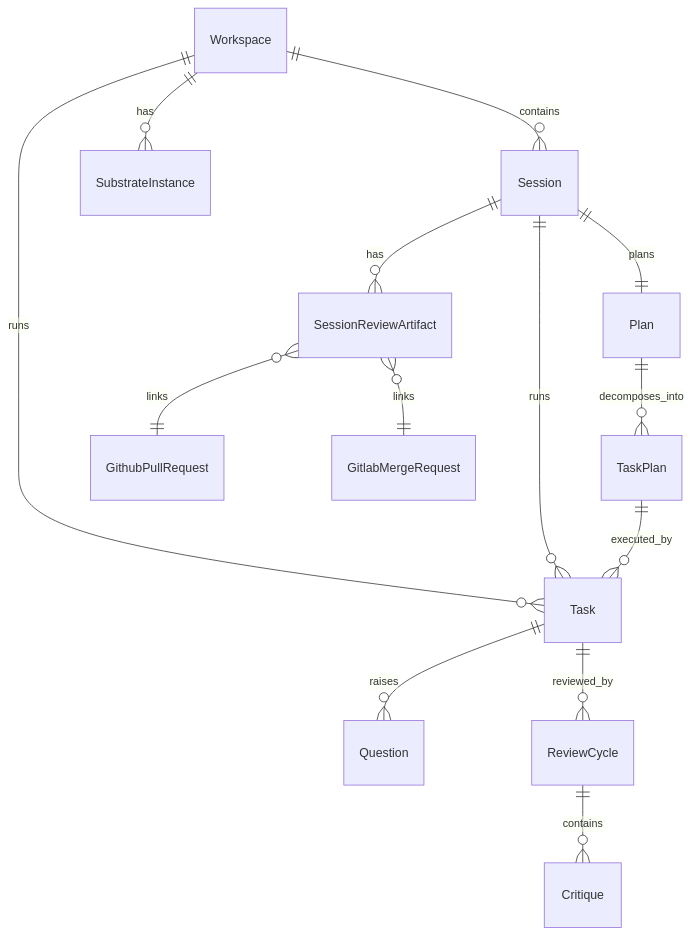
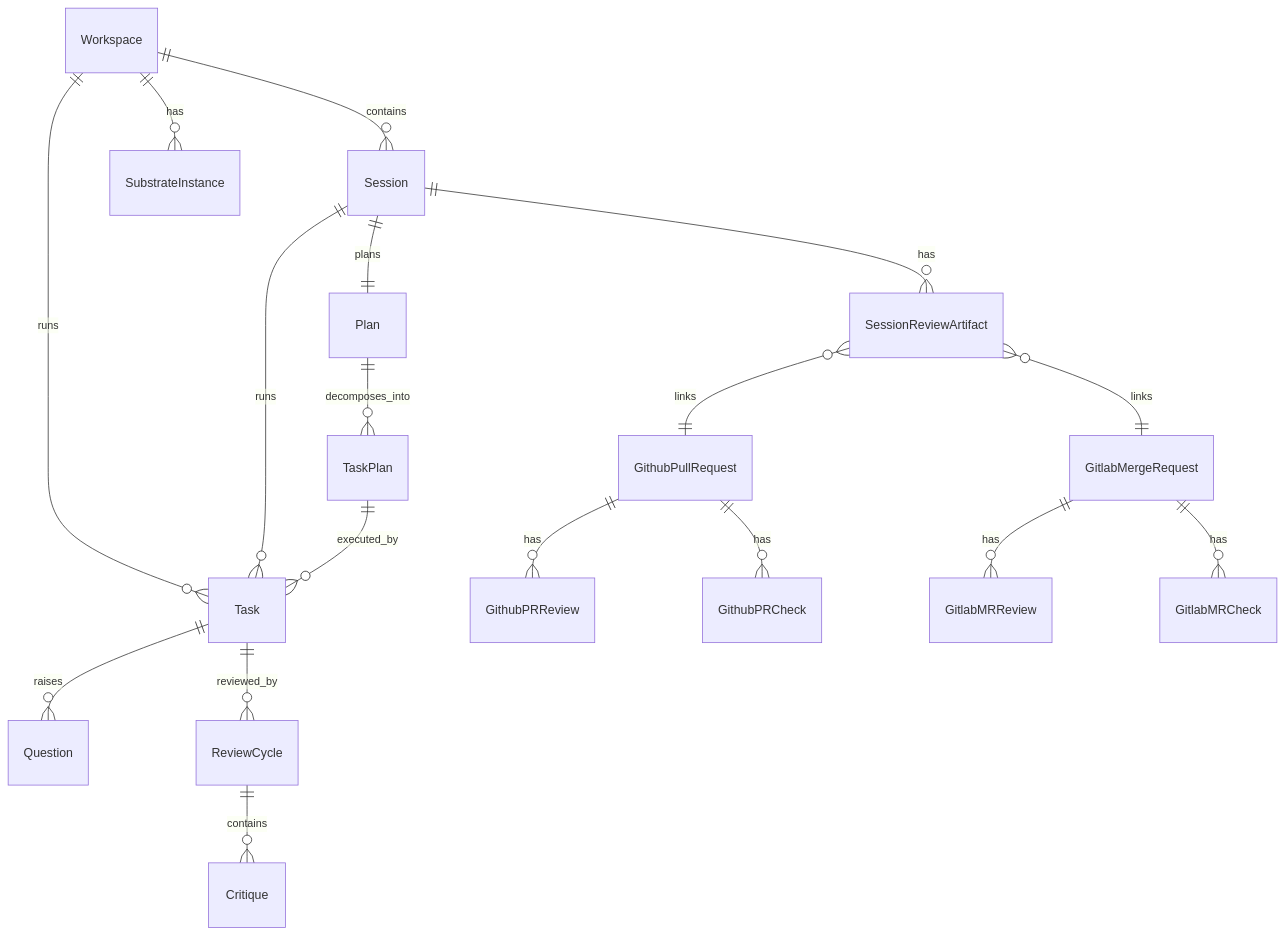
The third of 3 diagrams in docs/01-domain-model.md (beeemT/substrate), drawn with Mermaid before and after one commit. The commit also changed other lines of this file and 7 other files, not shown here.

````diff
--- a/docs/01-domain-model.md
+++ b/docs/01-domain-model.md
@@ -539,16 +595,20 @@
 ```mermaid
 erDiagram
     Workspace ||--o{ Session : contains
     Session ||--|| Plan : plans
     Plan ||--o{ TaskPlan : decomposes_into
     Workspace ||--o{ Task : runs
     Session ||--o{ Task : runs
     TaskPlan ||--o{ Task : executed_by
     Task ||--o{ Question : raises
     Task ||--o{ ReviewCycle : reviewed_by
     ReviewCycle ||--o{ Critique : contains
     Workspace ||--o{ SubstrateInstance : has
     Session ||--o{ SessionReviewArtifact : has
     SessionReviewArtifact }o--|| GithubPullRequest : links
     SessionReviewArtifact }o--|| GitlabMergeRequest : links
+    GithubPullRequest ||--o{ GithubPRReview : has
+    GithubPullRequest ||--o{ GithubPRCheck : has
+    GitlabMergeRequest ||--o{ GitlabMRReview : has
+    GitlabMergeRequest ||--o{ GitlabMRCheck : has
 ```
````
